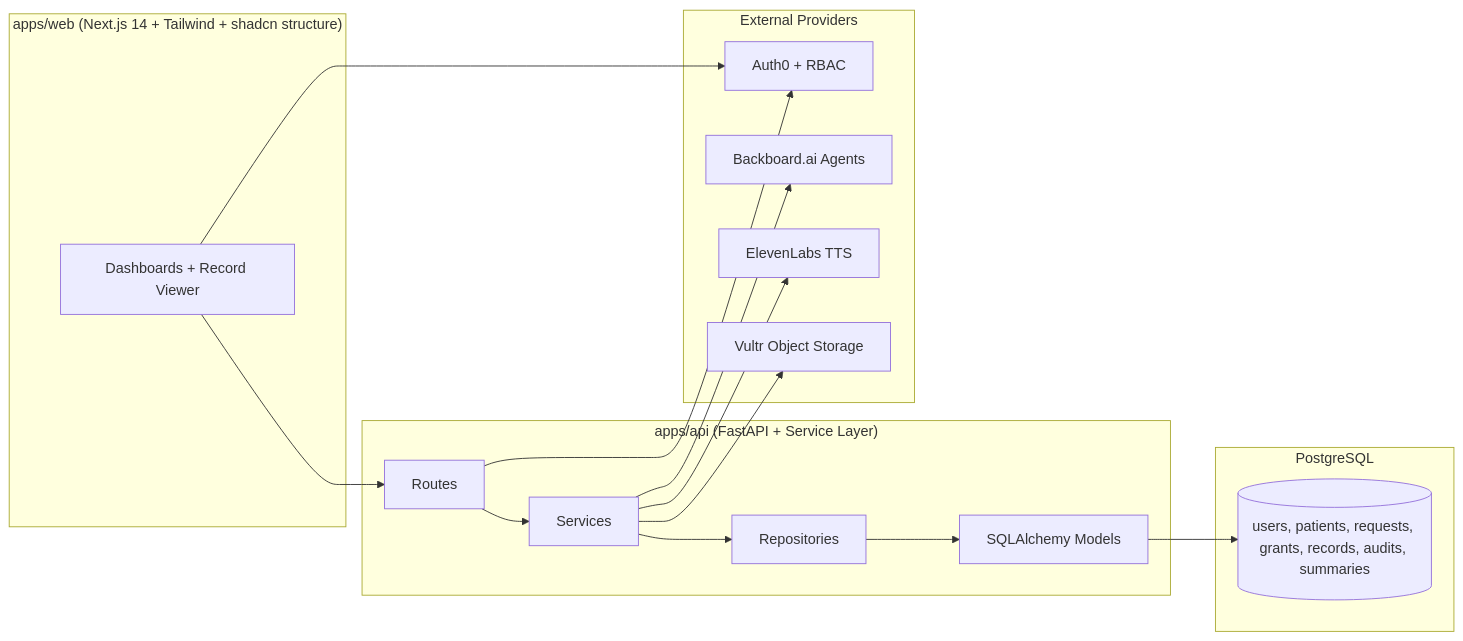
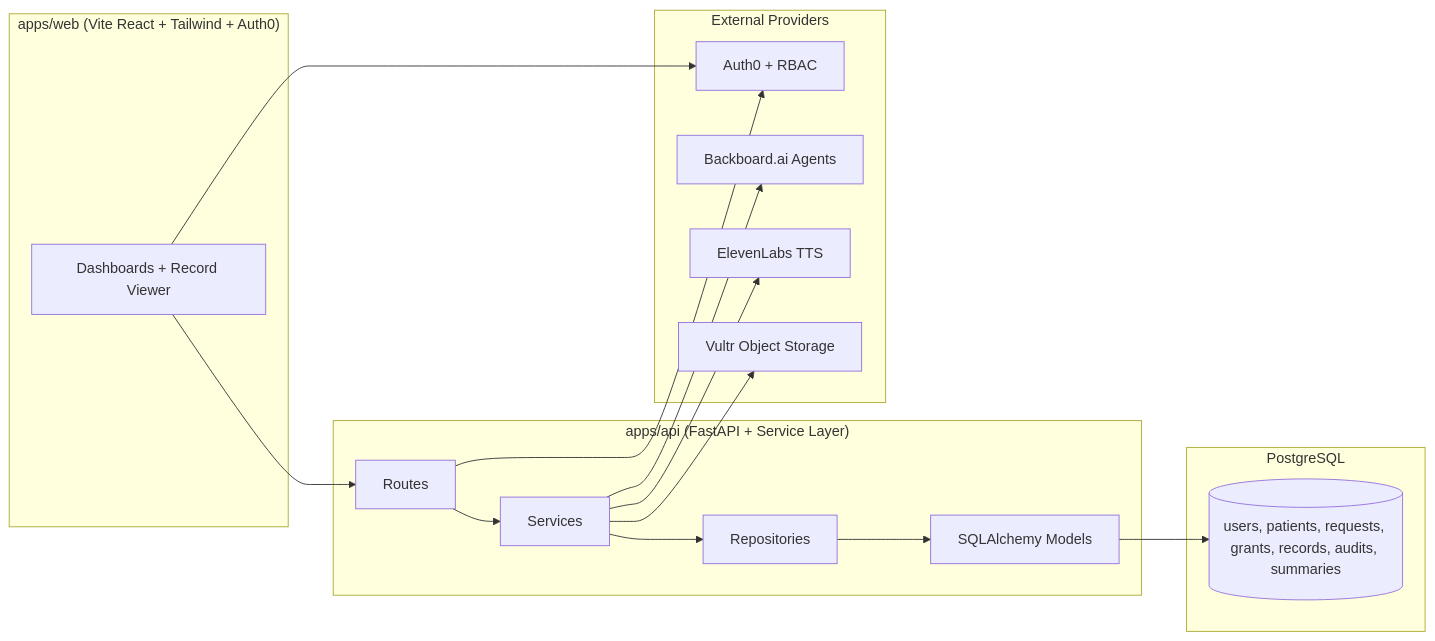
One commit to SawaabA/HealthConnect changed the diagram in README.md. Above: the diagram before and after it, drawn with Mermaid. The commit also changed other lines of this file and 74 other files, not shown here.

````diff
--- a/README.md
+++ b/README.md
@@ -35,32 +35,32 @@
 ```mermaid
 flowchart LR
-  subgraph Frontend["apps/web (Next.js 14 + Tailwind + shadcn structure)"]
+  subgraph Frontend["apps/web (Vite React + Tailwind + Auth0)"]
     UI[Dashboards + Record Viewer]
   end
 
   subgraph Backend["apps/api (FastAPI + Service Layer)"]
     Routes[Routes]
     Services[Services]
     Repos[Repositories]
     Models[SQLAlchemy Models]
   end
 
   subgraph Data["PostgreSQL"]
     DB[(users, patients, requests, grants, records, audits, summaries)]
   end
 
   subgraph Providers["External Providers"]
     Auth0[Auth0 + RBAC]
     Backboard[Backboard.ai Agents]
     ElevenLabs[ElevenLabs TTS]
     VultrObj[Vultr Object Storage]
   end
 
   UI --> Routes
   Routes --> Services --> Repos --> Models --> DB
   Services --> Backboard
   Services --> ElevenLabs
   Services --> VultrObj
   UI --> Auth0
   Routes --> Auth0
 ```
````
